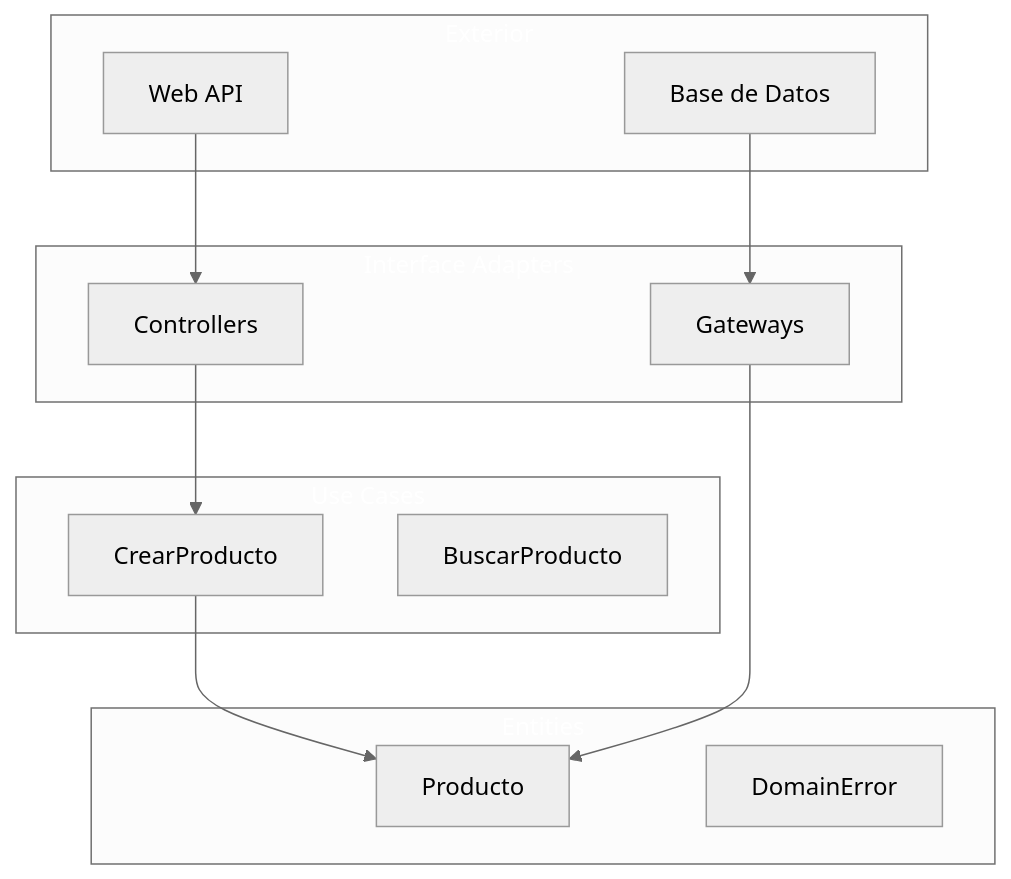
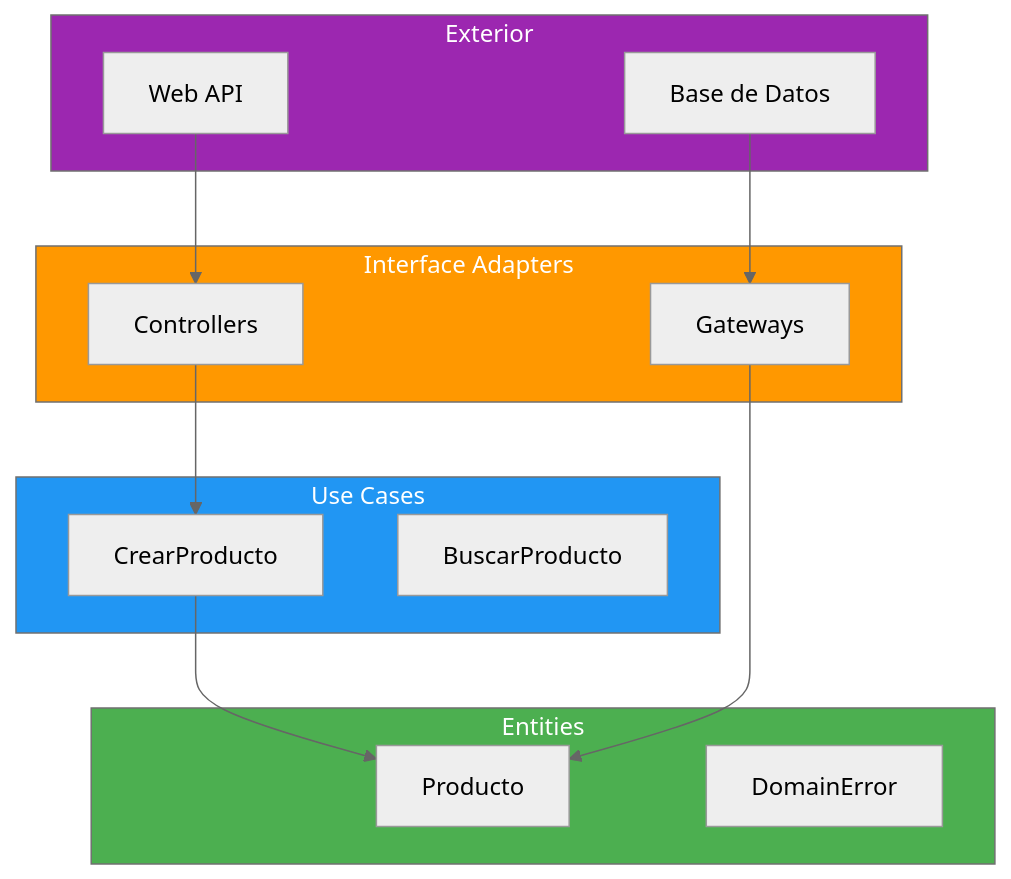
Before and after one commit to joseluisgs/DesarrolloWebEntornosServidor-02-2026-2027: the third of 8 diagrams in 11-clean-architecture.md, drawn with Mermaid (neutral theme). The commit also changed other lines of this file and 29 other files, not shown here.

Commit message:
docs: corregir estilos Mermaid y estilo, quitar referencias a la Tienda y reestructurar los retos 13 y 15

````diff
--- a/11-clean-architecture.md
+++ b/11-clean-architecture.md
@@ -244,33 +244,33 @@
 ```mermaid
 flowchart TB
     subgraph EXTERIOR["Exterior"]
         WEB["Web API"]
         DB["Base de Datos"]
     end
 
     subgraph ADAPTERS["Interface Adapters"]
         CTRL["Controllers"]
         GW["Gateways"]
     end
 
     subgraph USECASES["Use Cases"]
         UC1["CrearProducto"]
         UC2["BuscarProducto"]
     end
 
     subgraph ENTITIES["Entities"]
         ENT1["Producto"]
         ENT2["DomainError"]
     end
 
     WEB --> CTRL
     CTRL --> UC1
     UC1 --> ENT1
     GW --> ENT1
     DB --> GW
 
-    style ENTITIES fill:#4CAF5,color:#fff0,color:#fff
-    style USECASES fill:#2196F,color:#fff3,color:#fff
-    style ADAPTERS fill:#FF980,color:#fff0,color:#fff
-    style EXTERIOR fill:#9C27B,color:#fff0,color:#fff
+    style ENTITIES fill:#4CAF50,color:#fff
+    style USECASES fill:#2196F3,color:#fff
+    style ADAPTERS fill:#FF9800,color:#fff
+    style EXTERIOR fill:#9C27B0,color:#fff
 ```
````
